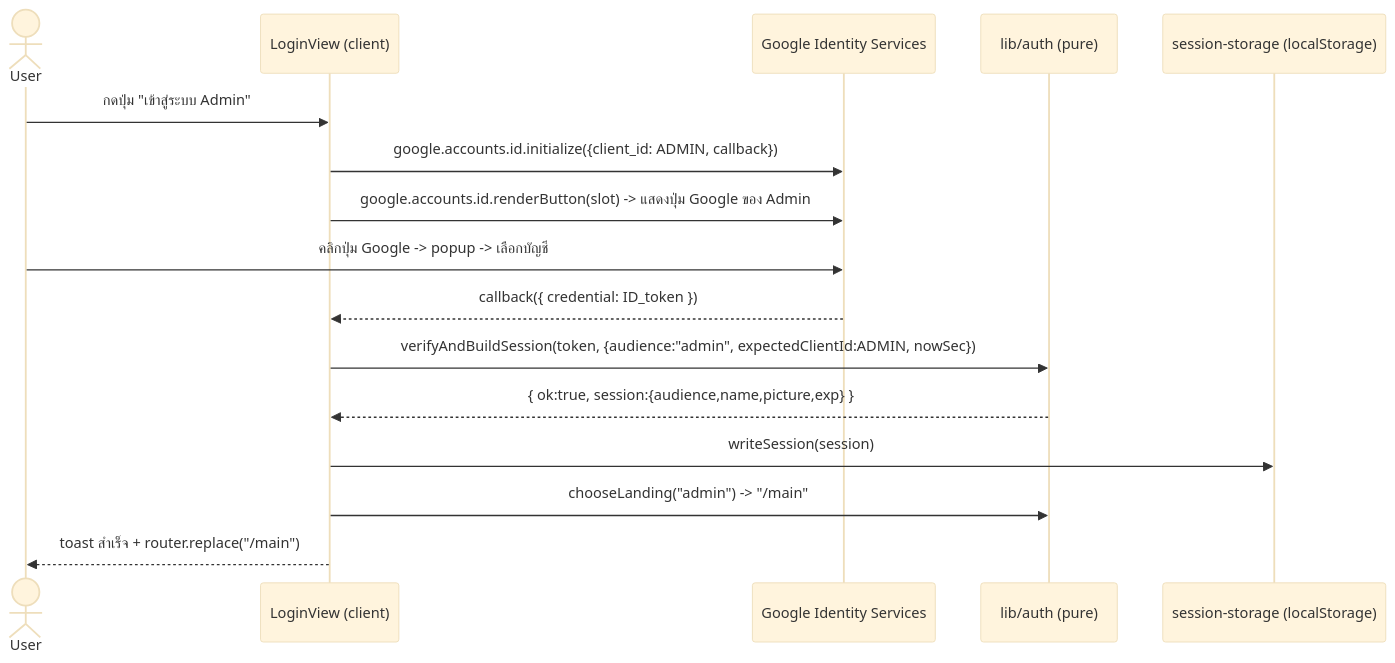
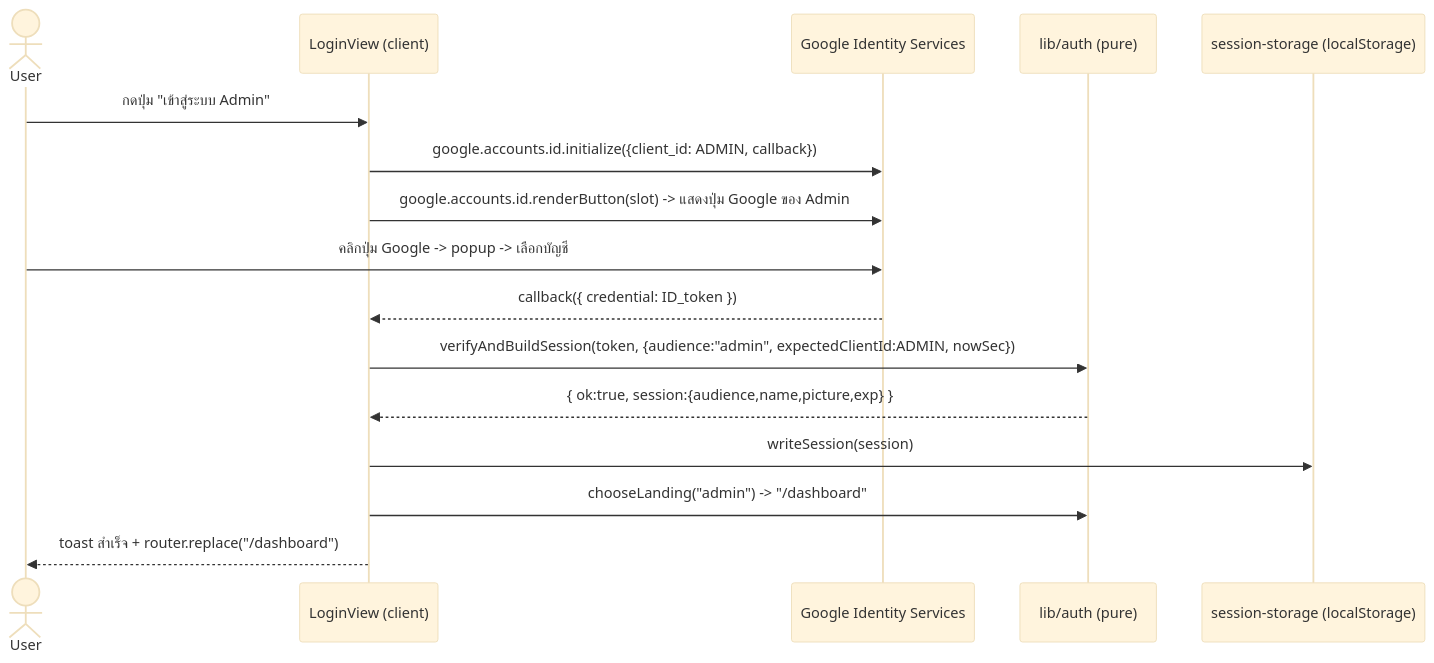
The first of 3 diagrams in .claude/specs/login-google-sso/design.md (metrodiesign/pol-admin), drawn with Mermaid (base theme) before and after one commit. The commit also changed other lines of this file and 11 other files, not shown here.

First line of the commit message:
refactor(app): rename admin landing route from /main to /dashboard

````diff
--- a/.claude/specs/login-google-sso/design.md
+++ b/.claude/specs/login-google-sso/design.md
@@ -54,18 +54,18 @@
 ```mermaid
 sequenceDiagram
     actor U as User
     participant V as LoginView (client)
     participant G as Google Identity Services
     participant L as lib/auth (pure)
     participant S as session-storage (localStorage)
     U->>V: กดปุ่ม "เข้าสู่ระบบ Admin"
     V->>G: google.accounts.id.initialize({client_id: ADMIN, callback})
     V->>G: google.accounts.id.renderButton(slot) -> แสดงปุ่ม Google ของ Admin
     U->>G: คลิกปุ่ม Google -> popup -> เลือกบัญชี
     G-->>V: callback({ credential: ID_token })
     V->>L: verifyAndBuildSession(token, {audience:"admin", expectedClientId:ADMIN, nowSec})
     L-->>V: { ok:true, session:{audience,name,picture,exp} }
     V->>S: writeSession(session)
-    V->>L: chooseLanding("admin") -> "/main"
-    V-->>U: toast สำเร็จ + router.replace("/main")
+    V->>L: chooseLanding("admin") -> "/dashboard"
+    V-->>U: toast สำเร็จ + router.replace("/dashboard")
 ```
````
